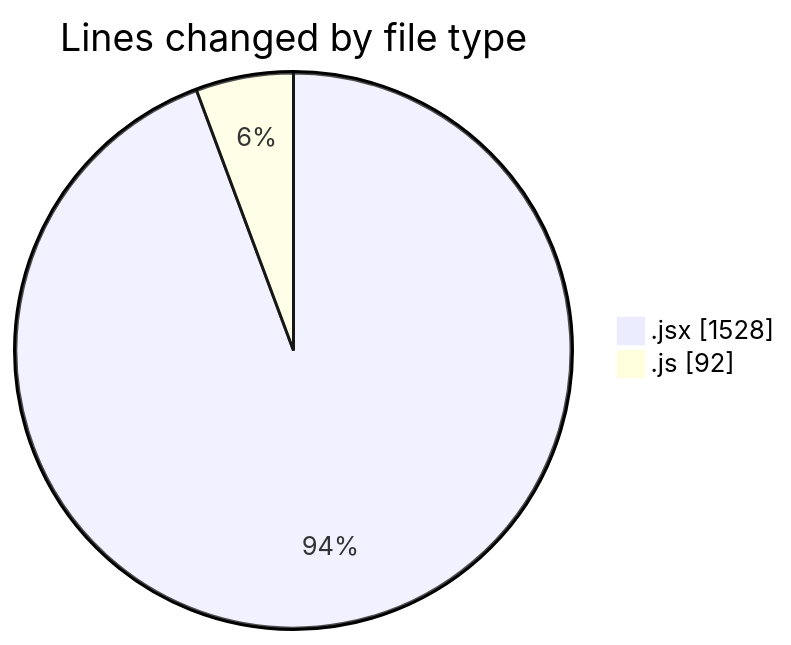
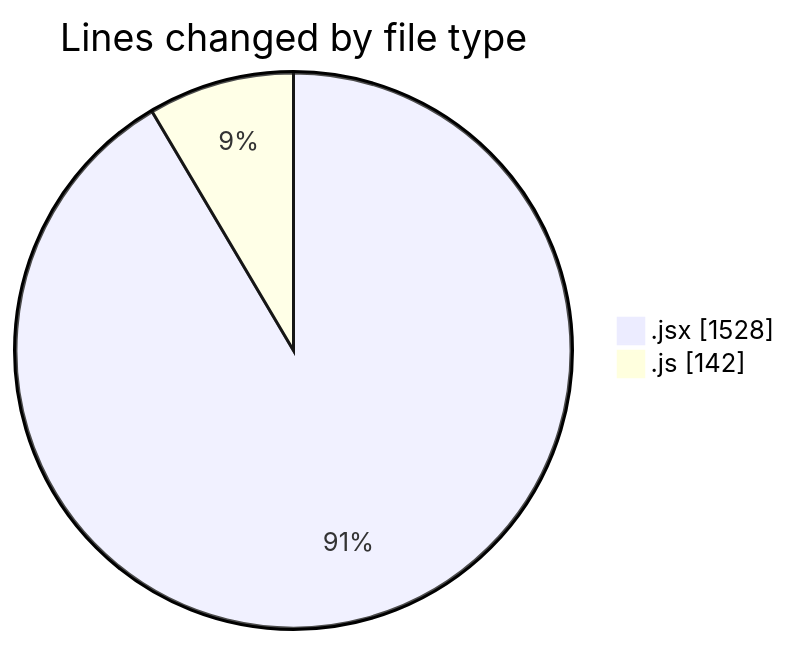
One commit to nxtqubesakshisongat/code-tracking changed the first of 2 diagrams in 2025-05-22/nxtqube_webapp/README.md. Above: the diagram before and after it, drawn with Mermaid. The commit also changed other lines of this file and 1 other file, not shown here.

````diff
--- a/2025-05-22/nxtqube_webapp/README.md
+++ b/2025-05-22/nxtqube_webapp/README.md
@@ -21,6 +21,6 @@
 ```mermaid
 pie showData
 title Lines changed by file type
 ".jsx" : 1528
-".js" : 92
+".js" : 142
 ```
````
